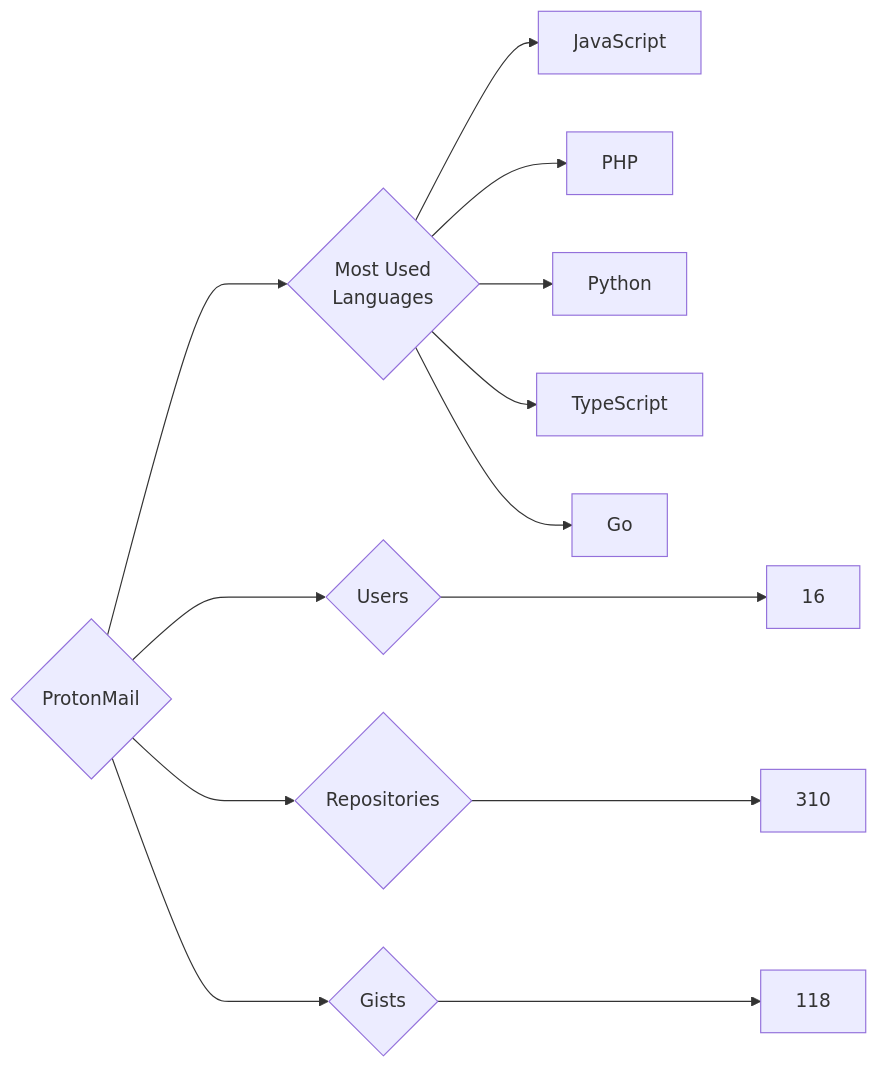
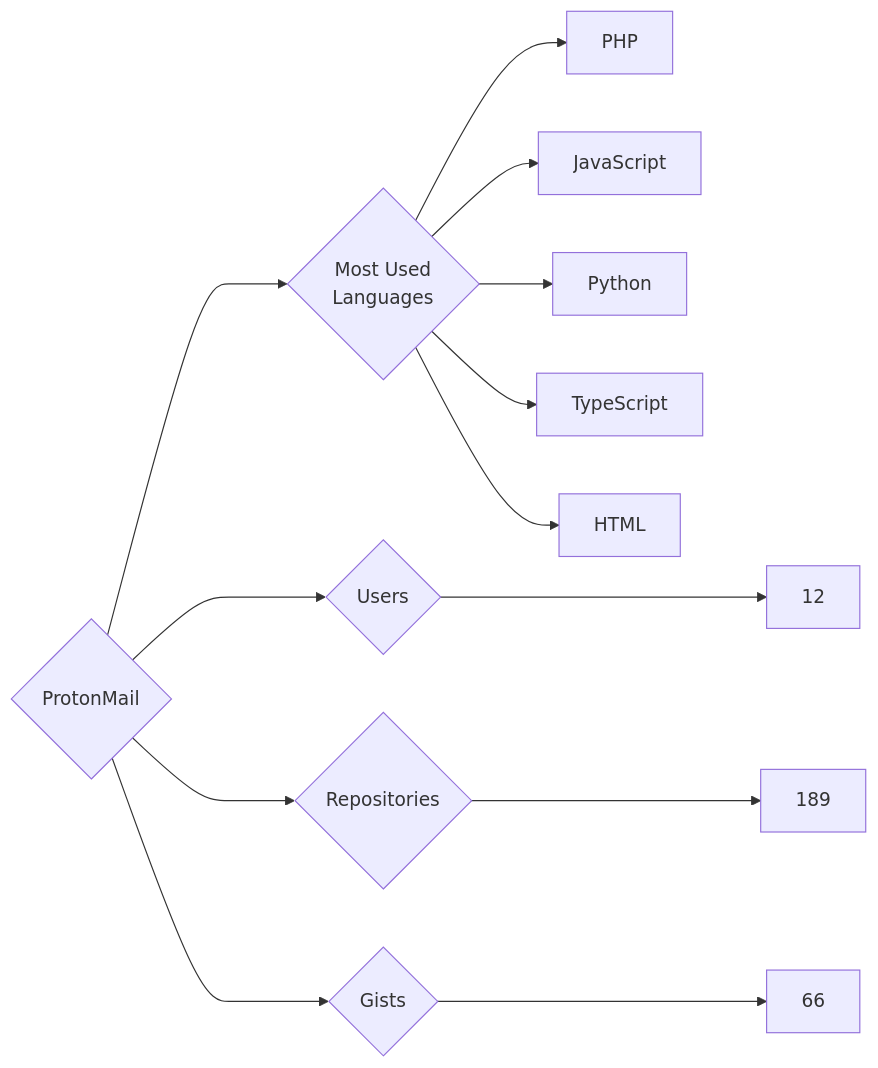
The diagram in targets/ProtonMail/README.md (trickest/insiders), drawn with Mermaid before and after one commit. The commit also changed 878 other files, not shown here.

````diff
--- a/targets/ProtonMail/README.md
+++ b/targets/ProtonMail/README.md
@@ -3,13 +3,13 @@
 ```mermaid
 graph LR
 COMPANY_NAME{ProtonMail}
-COMPANY_NAME ---> U{Users} ---> UN[16]
-COMPANY_NAME ---> R{Repositories} ---> RN[310]
-COMPANY_NAME ---> G{Gists} ---> GN[118]
+COMPANY_NAME ---> U{Users} ---> UN[12]
+COMPANY_NAME ---> R{Repositories} ---> RN[189]
+COMPANY_NAME ---> G{Gists} ---> GN[66]
 COMPANY_NAME ---> ML{Most Used<br>Languages}
+ML --> PHP[PHP]
 ML --> JavaScript[JavaScript]
-ML --> PHP[PHP]
 ML --> Python[Python]
 ML --> TypeScript[TypeScript]
-ML --> Go[Go]
+ML --> HTML[HTML]
 ```
````
